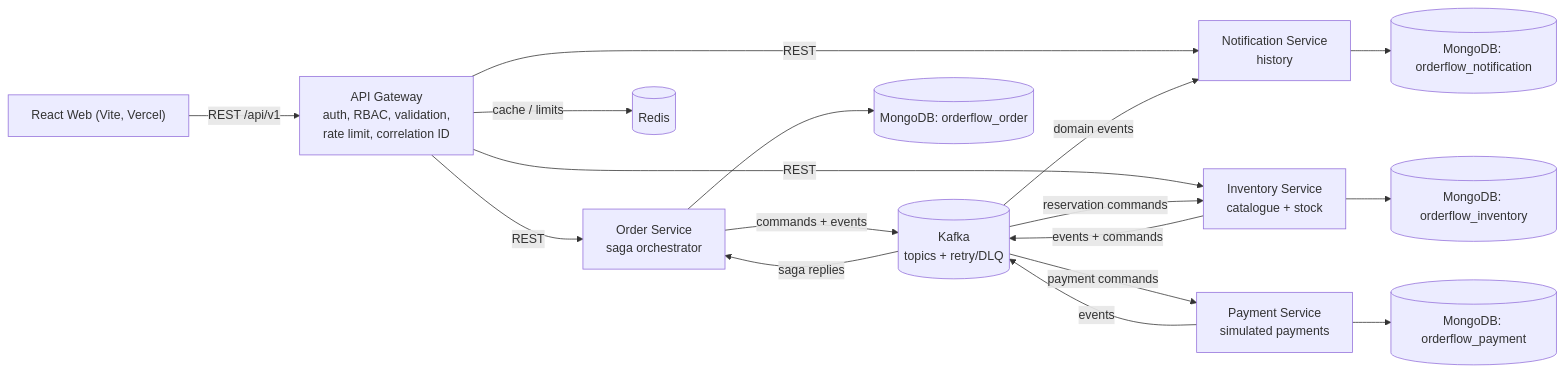
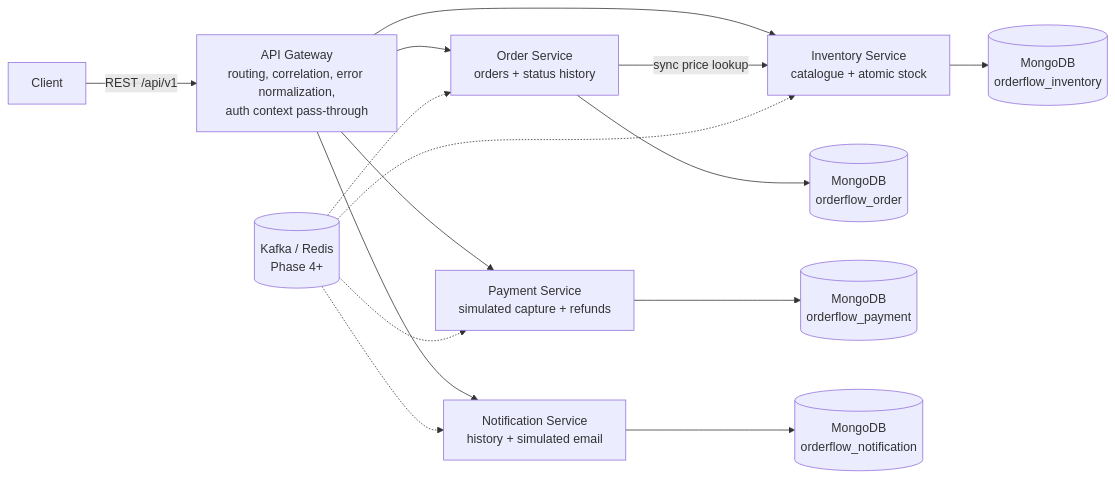
One commit to kashyap801/orderflow changed the first of 2 diagrams in README.md. Above: the diagram before and after it, drawn with Mermaid. The commit also changed other lines of this file and 7 other files, not shown here.

````diff
--- a/README.md
+++ b/README.md
@@ -38,19 +45,17 @@
 ```mermaid
 flowchart LR
-  UI["React Web (Vite, Vercel)"] -->|"REST /api/v1"| GW["API Gateway<br/>auth, RBAC, validation,<br/>rate limit, correlation ID"]
-  GW -->|"REST"| OS["Order Service<br/>saga orchestrator"]
-  GW -->|"REST"| IS["Inventory Service<br/>catalogue + stock"]
-  GW -->|"REST"| NS["Notification Service<br/>history"]
-  GW -->|"cache / limits"| R[("Redis")]
-  OS -->|"commands + events"| K[("Kafka<br/>topics + retry/DLQ")]
-  IS -->|"events + commands"| K
-  PS["Payment Service<br/>simulated payments"] -->|"events"| K
-  K -->|"domain events"| NS
-  K -->|"saga replies"| OS
-  K -->|"reservation commands"| IS
-  K -->|"payment commands"| PS
-  OS --> OD[("MongoDB: orderflow_order")]
-  IS --> ID[("MongoDB: orderflow_inventory")]
-  PS --> PD[("MongoDB: orderflow_payment")]
-  NS --> ND[("MongoDB: orderflow_notification")]
+  C["Client"] -->|"REST /api/v1"| GW["API Gateway<br/>routing, correlation, error normalization,<br/>auth context pass-through"]
+  GW --> OS["Order Service<br/>orders + status history"]
+  GW --> IS["Inventory Service<br/>catalogue + atomic stock"]
+  GW --> PS["Payment Service<br/>simulated capture + refunds"]
+  GW --> NS["Notification Service<br/>history + simulated email"]
+  OS -->|"sync price lookup"| IS
+  OS --> OD[("MongoDB<br/>orderflow_order")]
+  IS --> ID[("MongoDB<br/>orderflow_inventory")]
+  PS --> PD[("MongoDB<br/>orderflow_payment")]
+  NS --> ND[("MongoDB<br/>orderflow_notification")]
+  K[("Kafka / Redis<br/>Phase 4+")] -.-> OS
+  K -.-> IS
+  K -.-> PS
+  K -.-> NS
 ```
````
